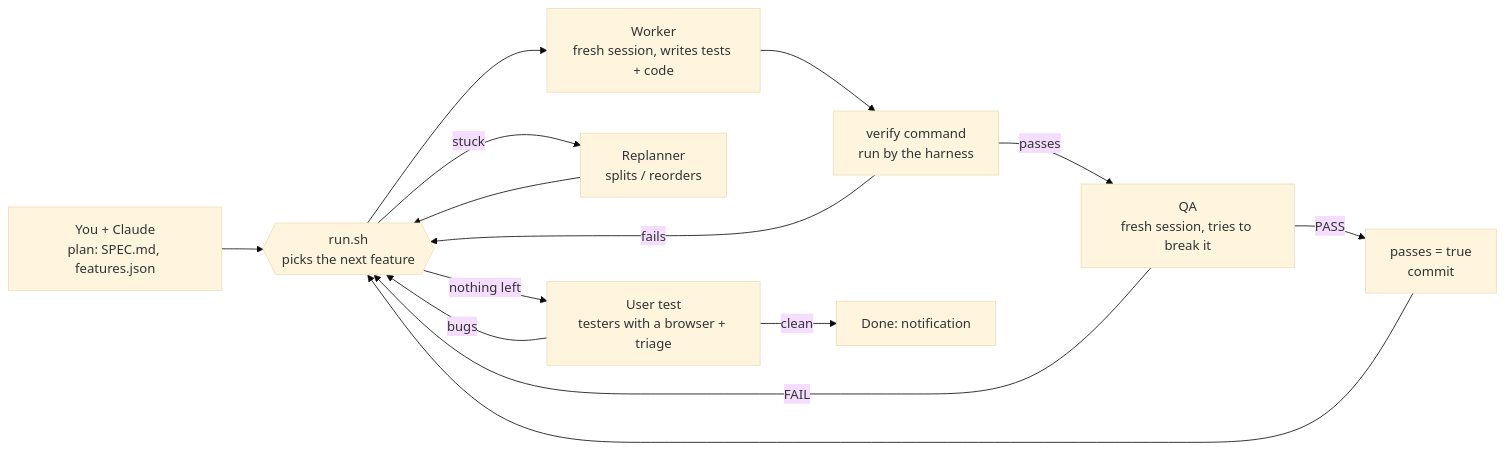
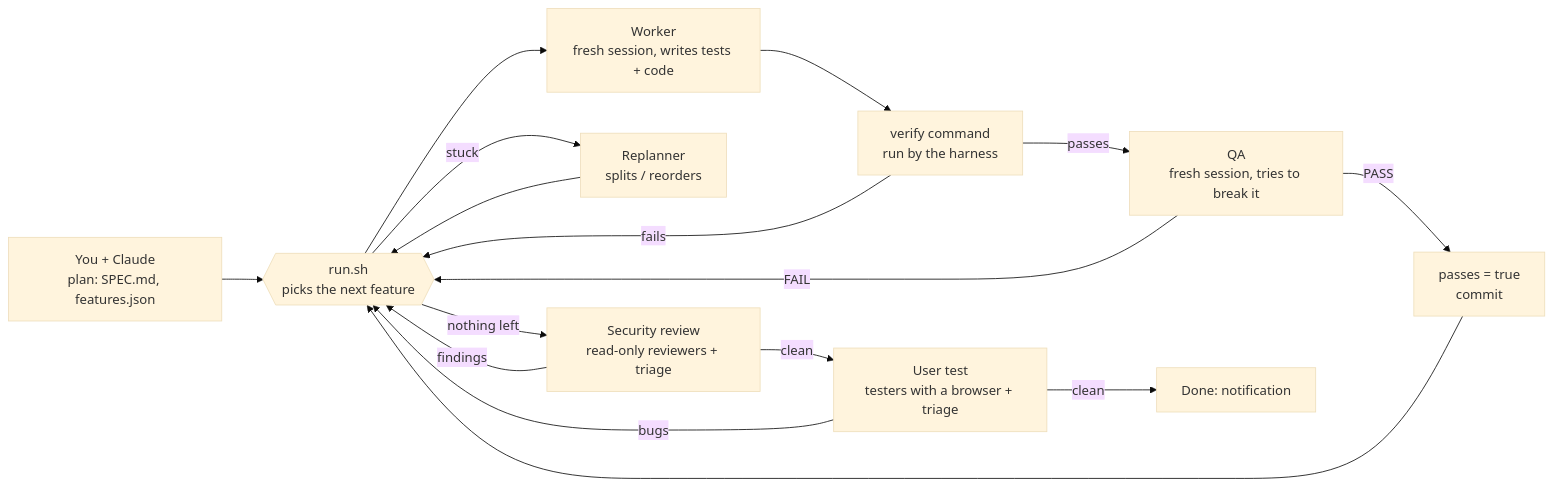
One commit to jonjunq/loop-kit changed the diagram in README.md. Above: the diagram before and after it, drawn with Mermaid (base theme). The commit also changed other lines of this file and 17 other files, not shown here.

First line of the commit message:
Automatic security review before the user test, and security rules in the plan

````diff
--- a/README.md
+++ b/README.md
@@ -11,16 +11,18 @@
 ```mermaid
 flowchart LR
   P[You + Claude<br/>plan: SPEC.md, features.json] --> H{{run.sh<br/>picks the next feature}}
   H --> W[Worker<br/>fresh session, writes tests + code]
   W --> V[verify command<br/>run by the harness]
   V -- fails --> H
   V -- passes --> Q[QA<br/>fresh session, tries to break it]
   Q -- FAIL --> H
   Q -- PASS --> D[passes = true<br/>commit]
   D --> H
   H -- stuck --> R[Replanner<br/>splits / reorders]
   R --> H
-  H -- nothing left --> U[User test<br/>testers with a browser + triage]
+  H -- nothing left --> S[Security review<br/>read-only reviewers + triage]
+  S -- findings --> H
+  S -- clean --> U[User test<br/>testers with a browser + triage]
   U -- bugs --> H
   U -- clean --> E[Done: notification]
 ```
````
